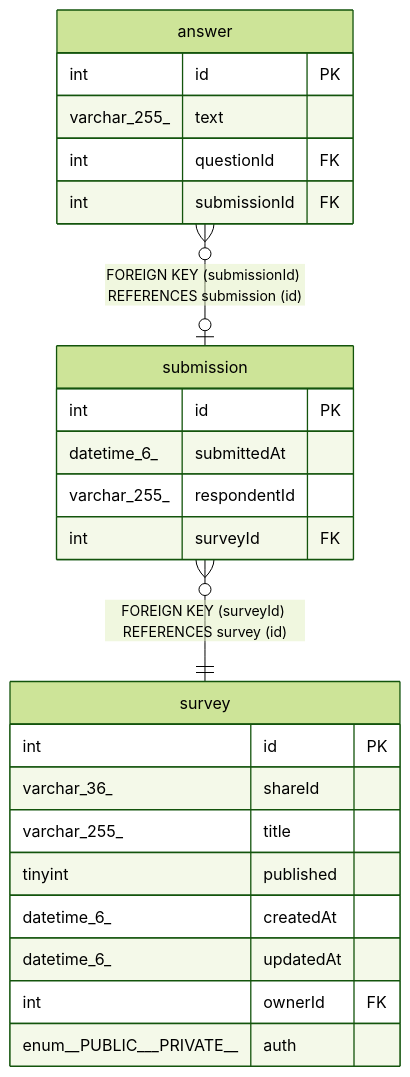
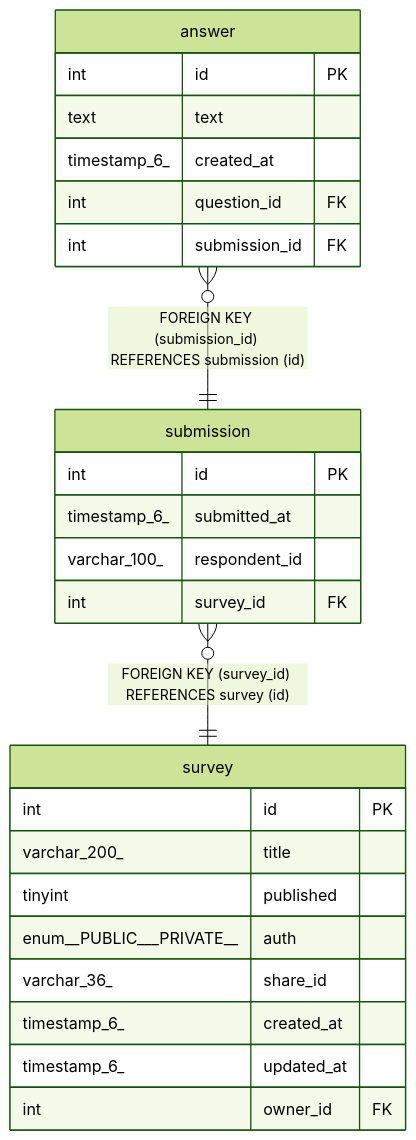
The diagram in docs/database/submission.md (BepHblVI/First-nest), drawn with Mermaid (forest theme) before and after one commit. The commit also changed other lines of this file and 47 other files, not shown here.

````diff
--- a/docs/database/submission.md
+++ b/docs/database/submission.md
@@ -47,29 +47,30 @@
 ```mermaid
 erDiagram
 
-"answer" }o--o| "submission" : "FOREIGN KEY (submissionId) REFERENCES submission (id)"
-"submission" }o--|| "survey" : "FOREIGN KEY (surveyId) REFERENCES survey (id)"
+"answer" }o--|| "submission" : "FOREIGN KEY (submission_id) REFERENCES submission (id)"
+"submission" }o--|| "survey" : "FOREIGN KEY (survey_id) REFERENCES survey (id)"
 
 "submission" {
   int id PK
-  datetime_6_ submittedAt
-  varchar_255_ respondentId
-  int surveyId FK
+  timestamp_6_ submitted_at
+  varchar_100_ respondent_id
+  int survey_id FK
 }
 "answer" {
   int id PK
-  varchar_255_ text
-  int questionId FK
-  int submissionId FK
+  text text
+  timestamp_6_ created_at
+  int question_id FK
+  int submission_id FK
 }
 "survey" {
   int id PK
-  varchar_36_ shareId
-  varchar_255_ title
+  varchar_200_ title
   tinyint published
-  datetime_6_ createdAt
-  datetime_6_ updatedAt
-  int ownerId FK
   enum__PUBLIC___PRIVATE__ auth
+  varchar_36_ share_id
+  timestamp_6_ created_at
+  timestamp_6_ updated_at
+  int owner_id FK
 }
 ```
````
